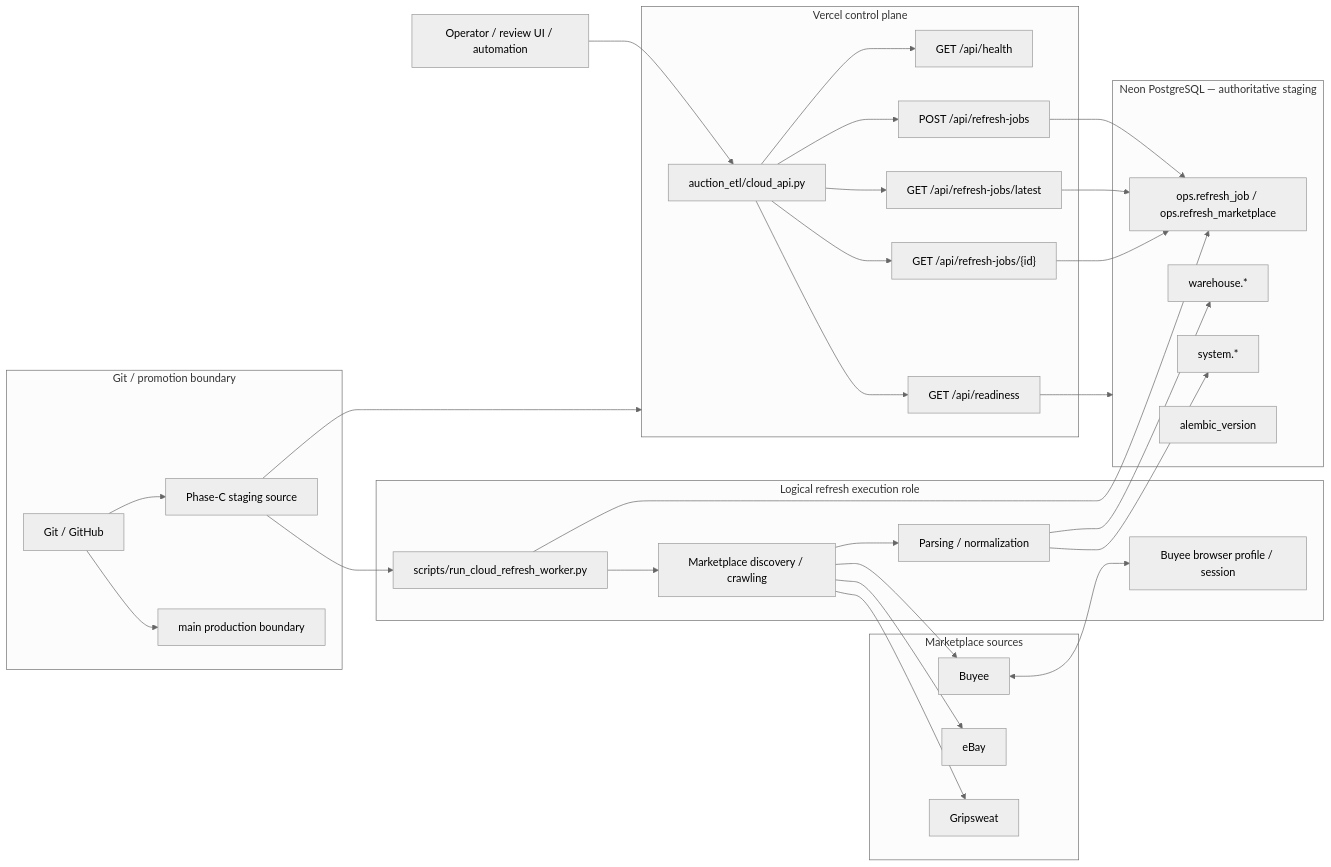
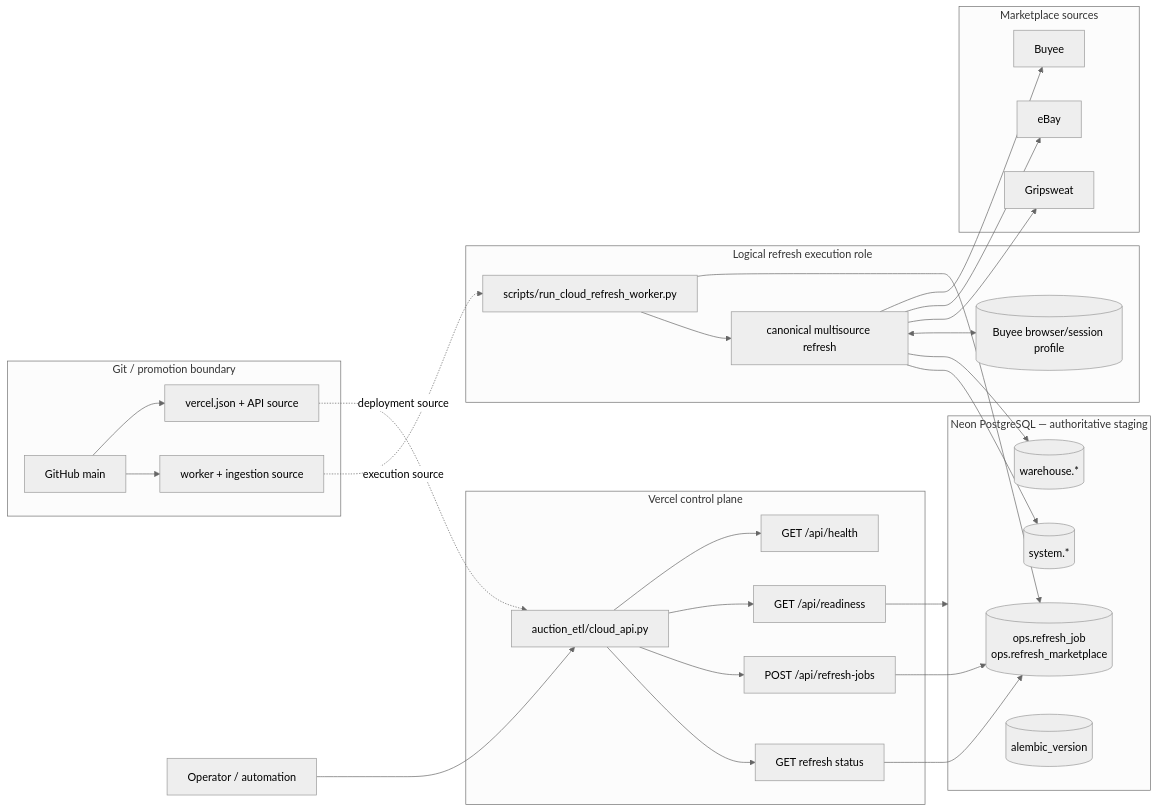
Before and after one commit to TomWang22/auction-etl: the first of 4 diagrams in docs/ARCHITECTURE.md, drawn with Mermaid (neutral theme). The commit also changed other lines of this file and 2 other files, not shown here.

Commit message:
docs: finalize Collector Ledger architecture

````diff
--- a/docs/ARCHITECTURE.md
+++ b/docs/ARCHITECTURE.md
@@ -26,66 +30,62 @@
 ```mermaid
 flowchart LR
-    Operator["Operator / review UI / automation"]
+    Operator["Operator / automation"]
 
-    subgraph GitBoundary["Git / promotion boundary"]
-        GitHub["Git / GitHub"]
-        PhaseC["Phase-C staging source"]
-        Main["main production boundary"]
+    subgraph Source["Git / promotion boundary"]
+        Main["GitHub main"]
+        VercelConfig["vercel.json + API source"]
+        WorkerSource["worker + ingestion source"]
     end
 
-    subgraph Vercel["Vercel control plane"]
+    subgraph Control["Vercel control plane"]
         API["auction_etl/cloud_api.py"]
         Health["GET /api/health"]
         Readiness["GET /api/readiness"]
-        CreateJob["POST /api/refresh-jobs"]
-        LatestJob["GET /api/refresh-jobs/latest"]
-        JobById["GET /api/refresh-jobs/{id}"]
+        Create["POST /api/refresh-jobs"]
+        Status["GET refresh status"]
     end
 
-    subgraph Neon["Neon PostgreSQL — authoritative staging"]
-        Ops["ops.refresh_job / ops.refresh_marketplace"]
-        Warehouse["warehouse.*"]
-        System["system.*"]
-        Alembic["alembic_version"]
+    subgraph Data["Neon PostgreSQL — authoritative staging"]
+        Ops[("ops.refresh_job<br/>ops.refresh_marketplace")]
+        Warehouse[("warehouse.*")]
+        System[("system.*")]
+        Schema[("alembic_version")]
     end
 
-    subgraph WorkerRole["Logical refresh execution role"]
+    subgraph Execution["Logical refresh execution role"]
         Worker["scripts/run_cloud_refresh_worker.py"]
-        Discovery["Marketplace discovery / crawling"]
-        Normalize["Parsing / normalization"]
-        Profile["Buyee browser profile / session"]
+        Round["canonical multisource refresh"]
+        Profile[("Buyee browser/session profile")]
     end
 
-    subgraph Marketplaces["Marketplace sources"]
+    subgraph Sources["Marketplace sources"]
         Buyee["Buyee"]
         Ebay["eBay"]
         Gripsweat["Gripsweat"]
     end
 
-    GitHub --> PhaseC
-    GitHub --> Main
-    PhaseC --> Vercel
-    PhaseC --> Worker
+    Main --> VercelConfig
+    Main --> WorkerSource
+
+    VercelConfig -. deployment source .-> API
+    WorkerSource -. execution source .-> Worker
 
     Operator --> API
     API --> Health
     API --> Readiness
-    API --> CreateJob
-    API --> LatestJob
-    API --> JobById
+    API --> Create
+    API --> Status
 
-    CreateJob --> Ops
-    LatestJob --> Ops
-    JobById --> Ops
-    Readiness --> Neon
+    Readiness --> Data
+    Create --> Ops
+    Status --> Ops
 
     Worker --> Ops
-    Worker --> Discovery
-    Discovery --> Buyee
-    Discovery --> Ebay
-    Discovery --> Gripsweat
-    Buyee <--> Profile
-    Discovery --> Normalize
-    Normalize --> Warehouse
-    Normalize --> System
+    Worker --> Round
+    Round --> Buyee
+    Round --> Ebay
+    Round --> Gripsweat
+    Round <--> Profile
+    Round --> Warehouse
+    Round --> System
 ```
````
